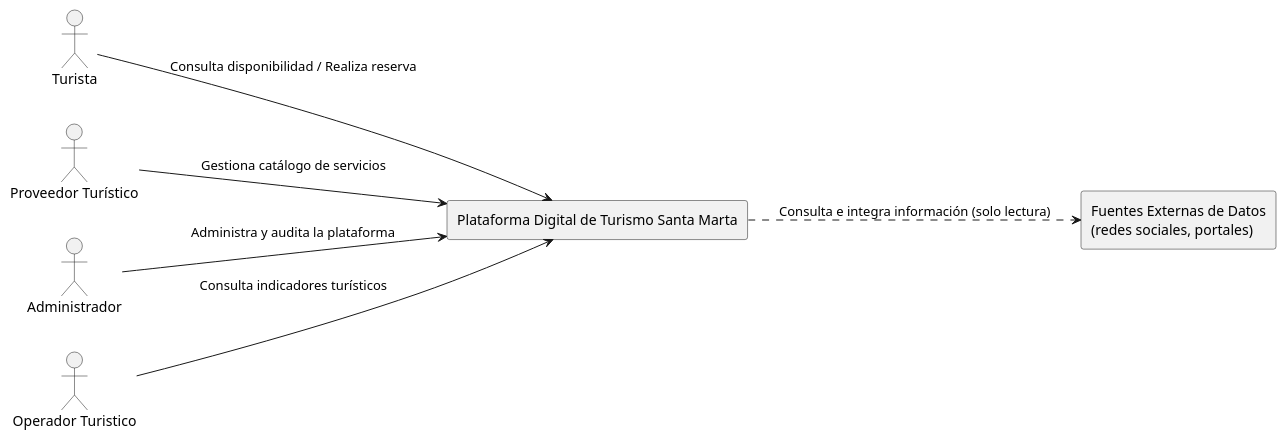
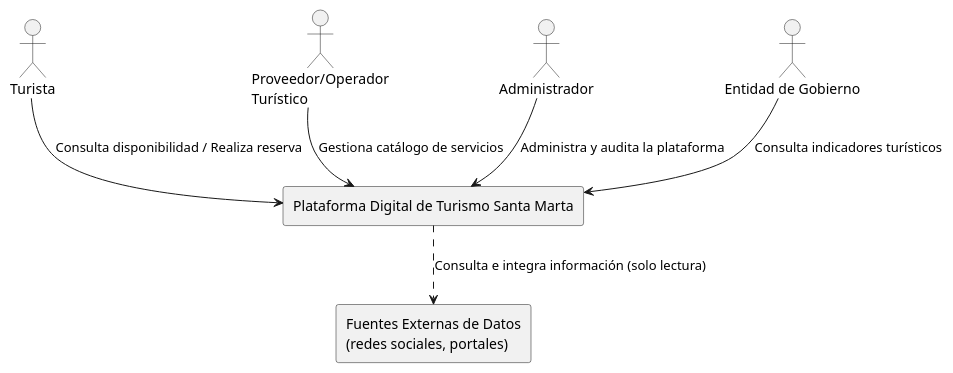
The first of 3 diagrams in deliverables/first-laborratory/theory-applied-to-project.md (Csehuanes-code/capstone-project-documentation), drawn with PlantUML before and after one commit. The commit also changed other lines of this file, not shown here.

First line of the commit message:
docs(architecture): adopt Clean Architecture decision and refine diagrams in Laboratory 1

````diff
--- a/deliverables/first-laborratory/theory-applied-to-project.md
+++ b/deliverables/first-laborratory/theory-applied-to-project.md
@@ -97,24 +97,22 @@
 ```plantuml
 @startuml DCA_PlataformaTurismoSantaMarta
-left to right direction
 skinparam packageStyle rectangle
 skinparam componentStyle rectangle
 
 actor "Turista" as Turista
-actor "Proveedor Turístico" as Prestador
+actor "Proveedor/Operador\nTurístico" as Proveedor
 actor "Administrador" as Admin
-actor "Operador Turistico" as Entidad
+actor "Entidad de Gobierno" as Entidad
 
 rectangle "Plataforma Digital de Turismo Santa Marta" as Gateway
-
 
 component "Fuentes Externas de Datos\n(redes sociales, portales)" as Fuentes
 
 Turista --> Gateway : Consulta disponibilidad / Realiza reserva
-Prestador --> Gateway : Gestiona catálogo de servicios
+Proveedor --> Gateway : Gestiona catálogo de servicios
 Admin --> Gateway : Administra y audita la plataforma
 Entidad --> Gateway : Consulta indicadores turísticos
 
-Gateway ..> Fuentes : Consulta e integra información (solo lectura)
+Gateway -down.> Fuentes : Consulta e integra información (solo lectura)
 @enduml
 ```
````
